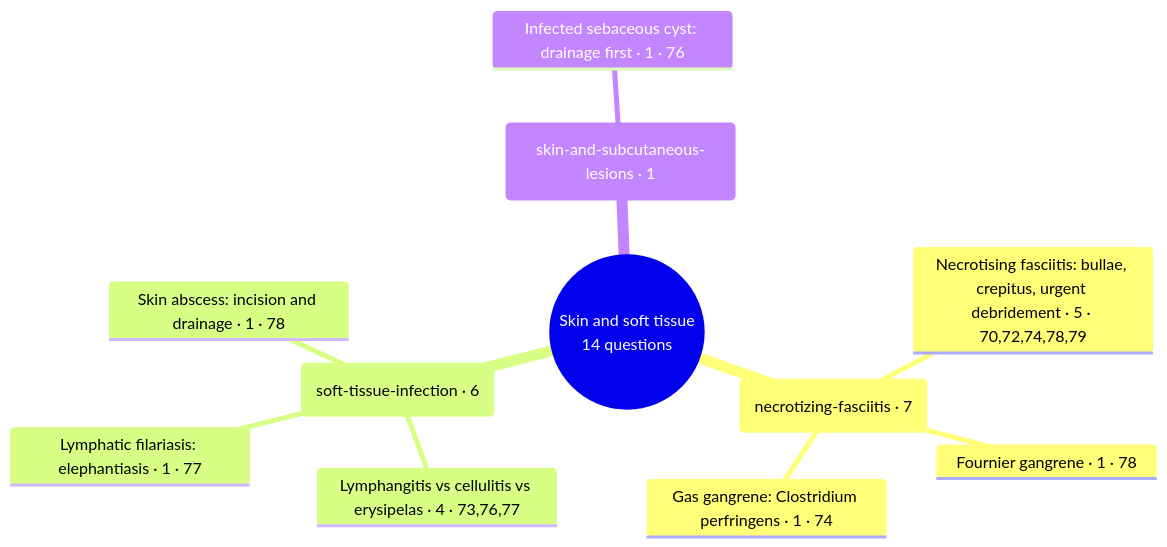
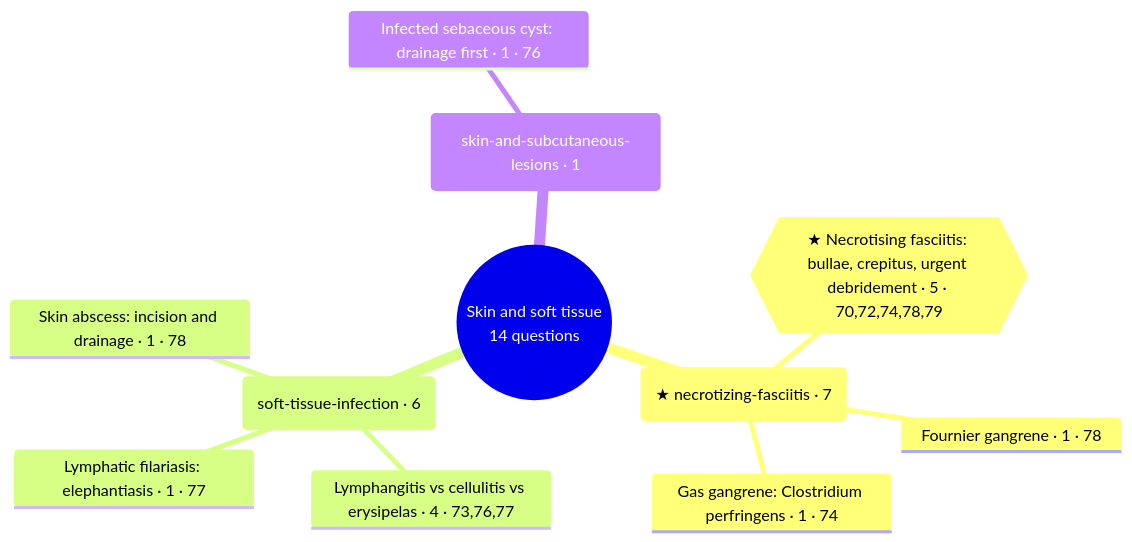
Before and after one commit to playerplayrh/surgery-year-4: the diagram in exam-map/mind-maps/skin-and-soft-tissue.md, drawn with Mermaid. The commit also changed other lines of this file and 16 other files, not shown here.

Commit message:
Highlight MDCU79 in the topic map and mind maps; fix Mermaid bracket labels

````diff
--- a/exam-map/mind-maps/skin-and-soft-tissue.md
+++ b/exam-map/mind-maps/skin-and-soft-tissue.md
@@ -14,14 +14,14 @@
 ```mermaid
 mindmap
   root((Skin and soft tissue<br>14 questions))
-    (necrotizing-fasciitis · 7)
-      Necrotising fasciitis: bullae, crepitus, urgent debridement · 5 · 70,72,74,78,79
+    (★ necrotizing-fasciitis · 7)
+      {{★ Necrotising fasciitis: bullae, crepitus, urgent debridement · 5 · 70,72,74,78,79}}
       Fournier gangrene · 1 · 78
       Gas gangrene: Clostridium perfringens · 1 · 74
     (soft-tissue-infection · 6)
       Lymphangitis vs cellulitis vs erysipelas · 4 · 73,76,77
       Lymphatic filariasis: elephantiasis · 1 · 77
       Skin abscess: incision and drainage · 1 · 78
     (skin-and-subcutaneous-lesions · 1)
       Infected sebaceous cyst: drainage first · 1 · 76
 ```
````
